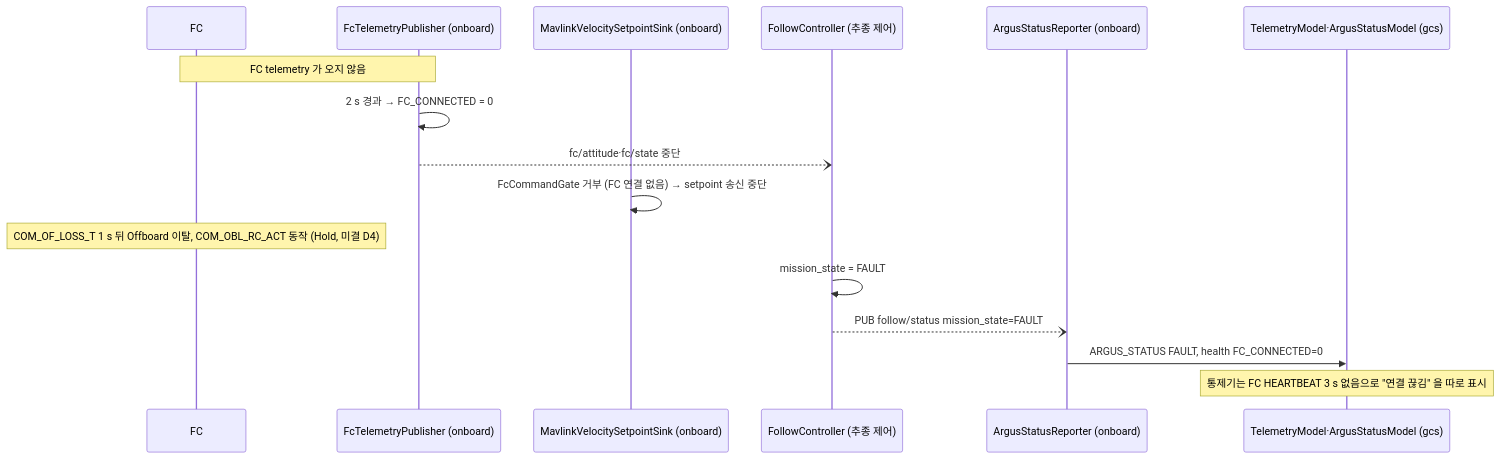
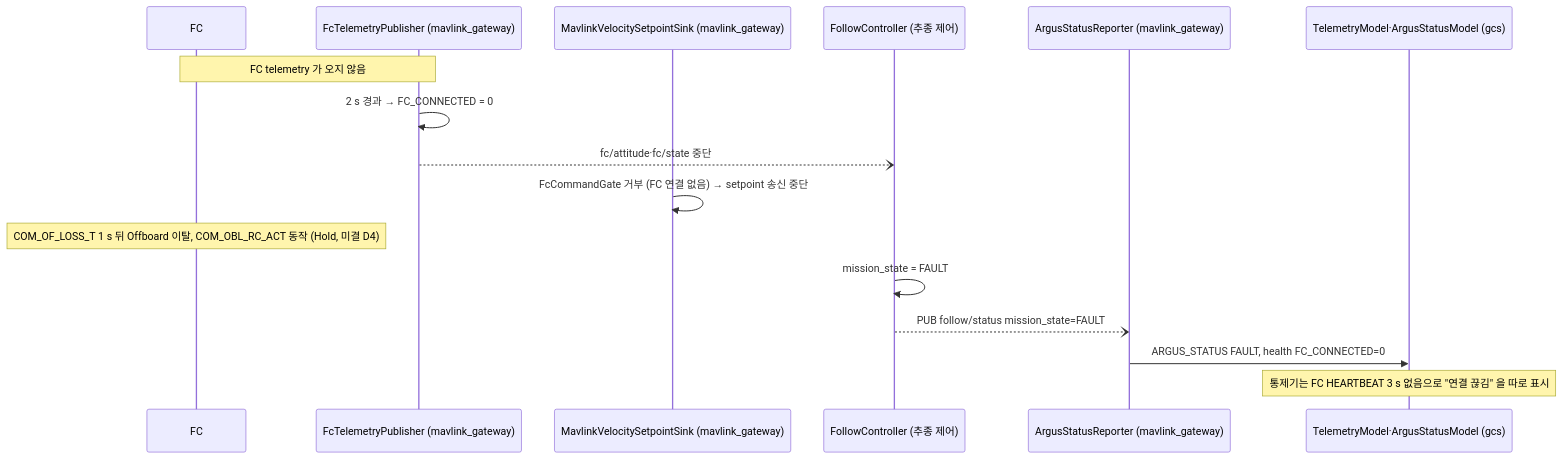
The fourth of 4 diagrams in docs/design/uml/sequence.md (lig-argus/argus-edge-vision), drawn with Mermaid before and after one commit. The commit also changed other lines of this file and 44 other files, not shown here.

First line of the commit message:
refactor(onboard): FC, 통제기 통신 프로세스의 이름을 onboard 에서 mavlink_gateway 로 변경 (#83)

````diff
--- a/docs/design/uml/sequence.md
+++ b/docs/design/uml/sequence.md
@@ -122,19 +122,19 @@
 ```mermaid
 sequenceDiagram
     participant fc as FC
-    participant fct as FcTelemetryPublisher (onboard)
-    participant spr as MavlinkVelocitySetpointSink (onboard)
+    participant fct as FcTelemetryPublisher (mavlink_gateway)
+    participant spr as MavlinkVelocitySetpointSink (mavlink_gateway)
     participant ctl as FollowController (추종 제어)
-    participant asr as ArgusStatusReporter (onboard)
+    participant asr as ArgusStatusReporter (mavlink_gateway)
     participant gcs as TelemetryModel·ArgusStatusModel (gcs)
 
     Note over fc,fct: FC telemetry 가 오지 않음
     fct->>fct: 2 s 경과 → FC_CONNECTED = 0
     fct--)ctl: fc/attitude·fc/state 중단
     spr->>spr: FcCommandGate 거부 (FC 연결 없음) → setpoint 송신 중단
     Note over fc: COM_OF_LOSS_T 1 s 뒤 Offboard 이탈, COM_OBL_RC_ACT 동작 (Hold, 미결 D4)
     ctl->>ctl: mission_state = FAULT
     ctl--)asr: PUB follow/status mission_state=FAULT
     asr->>gcs: ARGUS_STATUS FAULT, health FC_CONNECTED=0
     Note over gcs: 통제기는 FC HEARTBEAT 3 s 없음으로 "연결 끊김" 을 따로 표시
 ```
````
